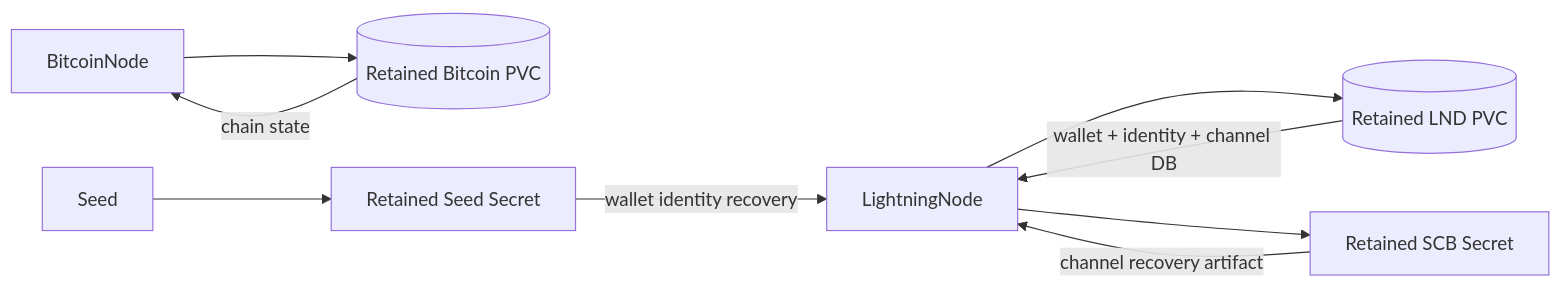
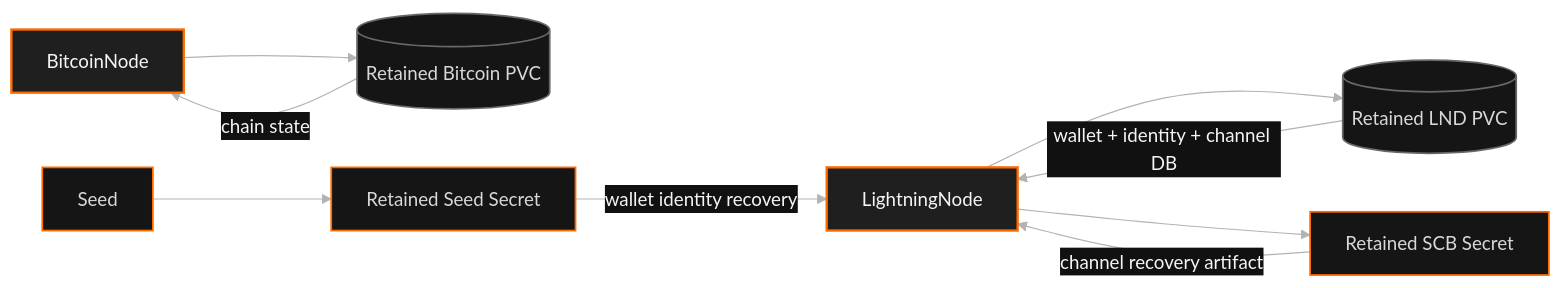
The second of 2 diagrams in README.md (kiln-fired/kiln-operator), drawn with Mermaid before and after one commit. The commit also changed other lines of this file, not shown here.

Commit message:
Theme Mermaid diagrams for Kiln

````diff
--- a/README.md
+++ b/README.md
@@ -394,12 +405,21 @@
 ```mermaid
+%%{init: {"theme":"base","themeVariables":{"background":"#111111","primaryColor":"#1f1f1f","primaryTextColor":"#f5f5f5","primaryBorderColor":"#ff6a00","lineColor":"#b3b3b3","secondaryColor":"#2b2b2b","tertiaryColor":"#171717","edgeLabelBackground":"#111111","fontFamily":"ui-sans-serif, system-ui, sans-serif"}}}%%
 flowchart LR
     BN[BitcoinNode] --> BPVC[(Retained Bitcoin PVC)]
     LN[LightningNode] --> LPVC[(Retained LND PVC)]
     LN --> SCB[Retained SCB Secret]
     S[Seed] --> SS[Retained Seed Secret]
 
     BPVC -->|chain state| BN
     LPVC -->|wallet + identity + channel DB| LN
     SCB -->|channel recovery artifact| LN
     SS -->|wallet identity recovery| LN
+
+    classDef core fill:#1f1f1f,stroke:#ff6a00,color:#f5f5f5,stroke-width:2px;
+    classDef recovery fill:#151515,stroke:#ff6a00,color:#d8d8d8,stroke-width:1.5px;
+    classDef storage fill:#151515,stroke:#686868,color:#d8d8d8,stroke-width:1.5px;
+
+    class BN,LN core;
+    class S,SCB,SS recovery;
+    class BPVC,LPVC storage;
 ```
````
